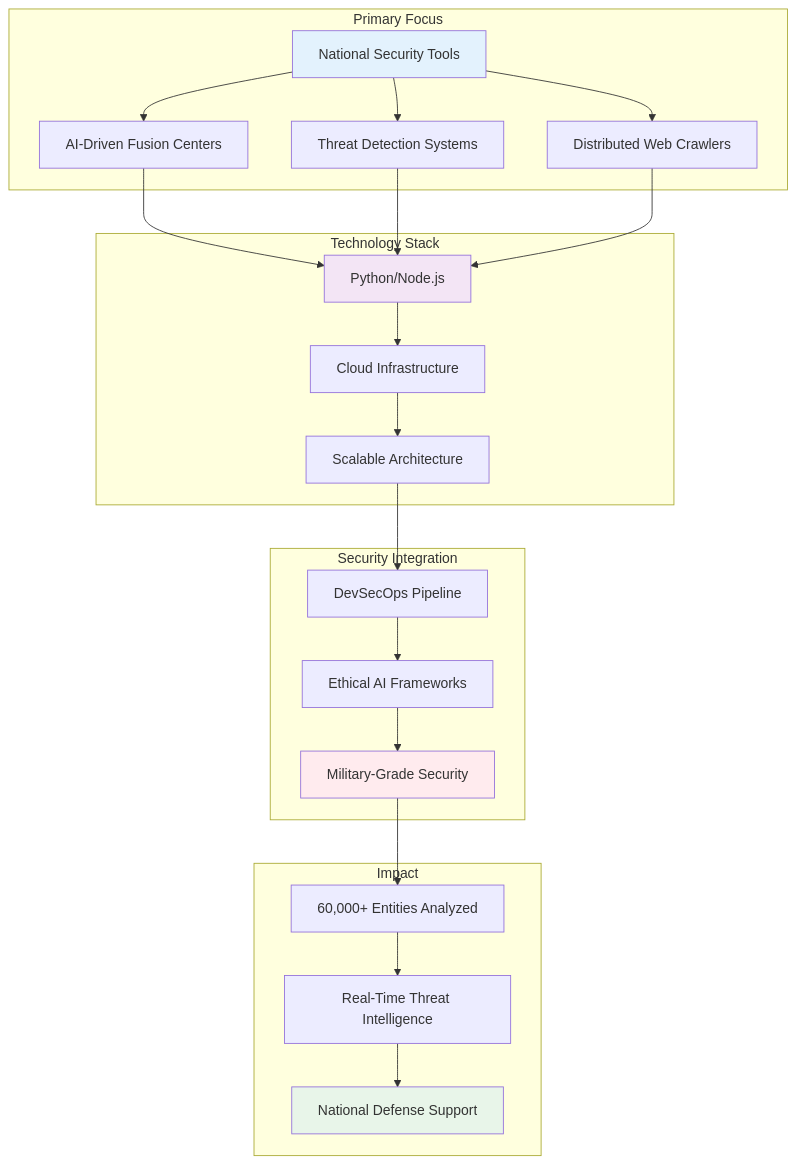
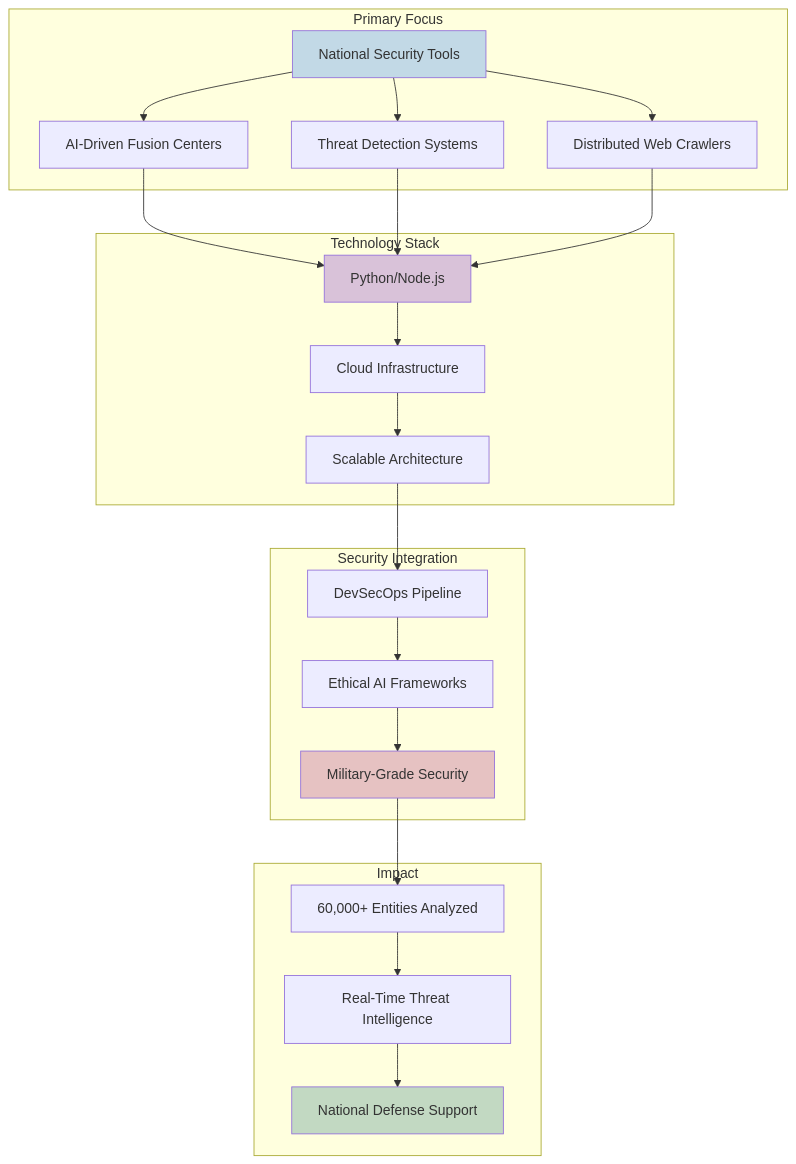
Diagram 19 of 24 in README.md (Tim-Spurlin/RESUME-of-Timothy-Spurlin), drawn with Mermaid before and after one commit. The commit also changed other lines of this file, not shown here.

Commit message:
Replace bright Mermaid diagram colors with muted professional tones

````diff
--- a/README.md
+++ b/README.md
@@ -774,33 +774,33 @@
 ```mermaid
 graph TB
     subgraph "Primary Focus"
         A[National Security Tools] --> B[AI-Driven Fusion Centers]
         A --> C[Threat Detection Systems]
         A --> D[Distributed Web Crawlers]
     end
     
     subgraph "Technology Stack"
         B --> E[Python/Node.js]
         C --> E
         D --> E
         E --> F[Cloud Infrastructure]
         F --> G[Scalable Architecture]
     end
     
     subgraph "Security Integration"
         G --> H[DevSecOps Pipeline]
         H --> I[Ethical AI Frameworks]
         I --> J[Military-Grade Security]
     end
     
     subgraph "Impact"
         J --> K[60,000+ Entities Analyzed]
         K --> L[Real-Time Threat Intelligence]
         L --> M[National Defense Support]
     end
     
-    style A fill:#e3f2fd
-    style E fill:#f3e5f5
-    style J fill:#ffebee
-    style M fill:#e8f5e9
+    style A fill:#c2d9e6
+    style E fill:#d9c2d9
+    style J fill:#e6c2c2
+    style M fill:#c2d9c2
 ```
````
